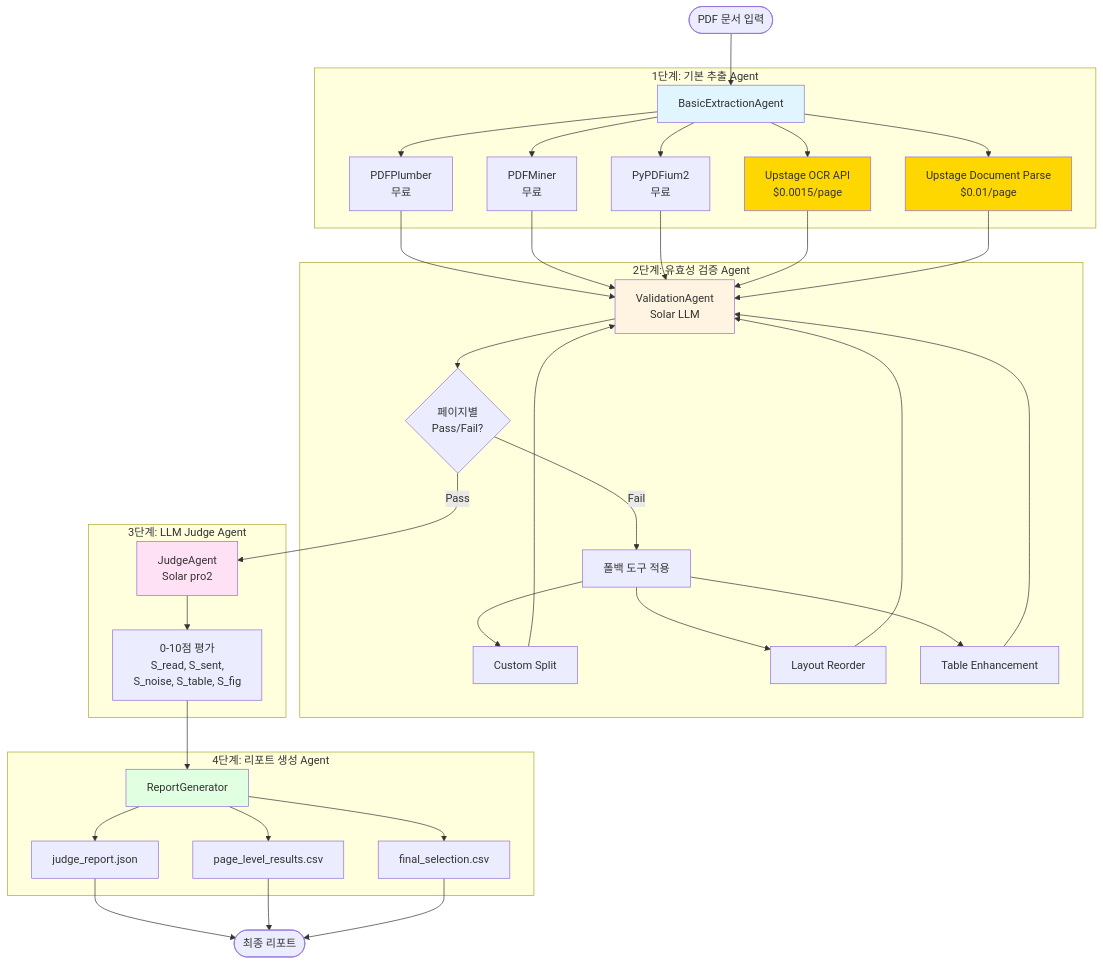
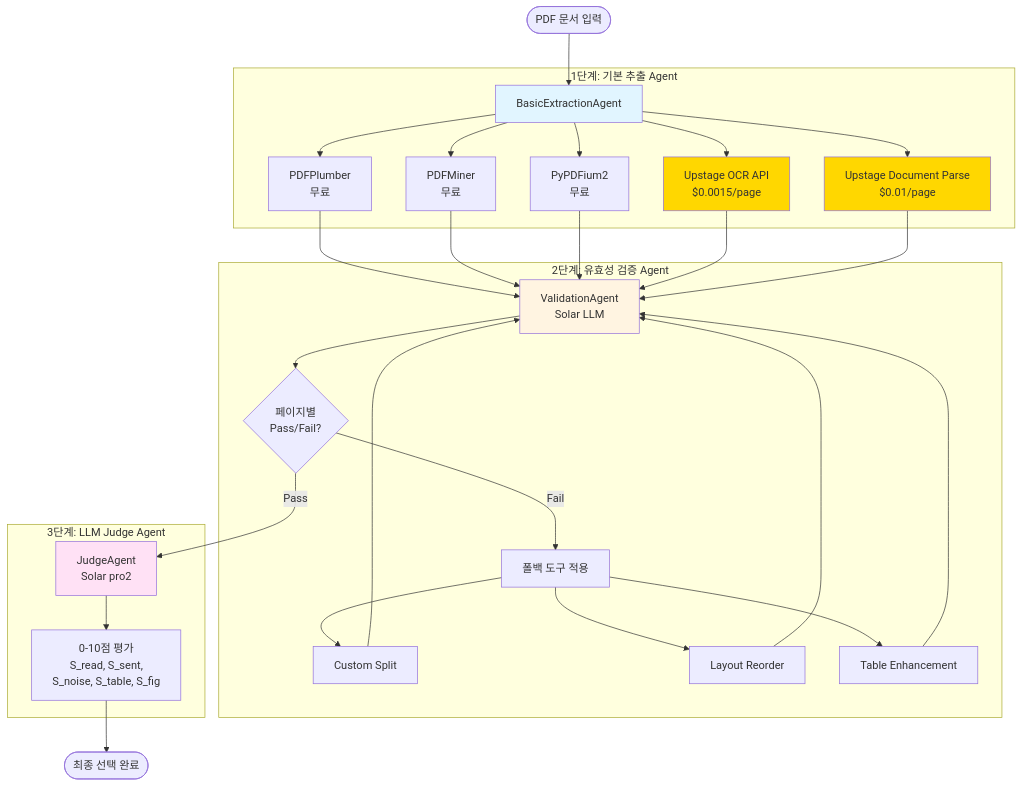
One commit to P-oong/Doc-to-text_Parsing_Agent changed the diagram in README.md. Above: the diagram before and after it, drawn with Mermaid. The commit also changed other lines of this file, not shown here.

````diff
--- a/README.md
+++ b/README.md
@@ -29,76 +29,60 @@
 ```mermaid
 graph TB
     Start([PDF 문서 입력]) --> Agent1
     
     subgraph Stage1["1단계: 기본 추출 Agent"]
         Agent1[BasicExtractionAgent]
         Tool1[PDFPlumber<br/>무료]
         Tool2[PDFMiner<br/>무료]
         Tool3[PyPDFium2<br/>무료]
         Tool4[Upstage OCR API<br/>$0.0015/page]
         Tool5[Upstage Document Parse<br/>$0.01/page]
         
         Agent1 --> Tool1
         Agent1 --> Tool2
         Agent1 --> Tool3
         Agent1 --> Tool4
         Agent1 --> Tool5
     end
     
     Tool1 --> Agent2
     Tool2 --> Agent2
     Tool3 --> Agent2
     Tool4 --> Agent2
     Tool5 --> Agent2
     
     subgraph Stage2["2단계: 유효성 검증 Agent"]
         Agent2[ValidationAgent<br/>Solar LLM]
         Decision{페이지별<br/>Pass/Fail?}
         Fallback[폴백 도구 적용]
         FB1[Custom Split]
         FB2[Layout Reorder]
         FB3[Table Enhancement]
         
         Agent2 --> Decision
         Decision -->|Fail| Fallback
         Fallback --> FB1
         Fallback --> FB2
         Fallback --> FB3
         FB1 --> Agent2
         FB2 --> Agent2
         FB3 --> Agent2
     end
     
     Decision -->|Pass| Agent3
     
     subgraph Stage3["3단계: LLM Judge Agent"]
         Agent3[JudgeAgent<br/>Solar pro2]
         Score[0-10점 평가<br/>S_read, S_sent,<br/>S_noise, S_table, S_fig]
         
         Agent3 --> Score
     end
     
-    Score --> Agent4
-    
-    subgraph Stage4["4단계: 리포트 생성 Agent"]
-        Agent4[ReportGenerator]
-        Report1[judge_report.json]
-        Report2[page_level_results.csv]
-        Report3[final_selection.csv]
-        
-        Agent4 --> Report1
-        Agent4 --> Report2
-        Agent4 --> Report3
-    end
-    
-    Report1 --> End([최종 리포트])
-    Report2 --> End
-    Report3 --> End
+    Score --> End([최종 선택 완료])
     
     style Agent1 fill:#e1f5ff
     style Agent2 fill:#fff4e1
     style Agent3 fill:#ffe1f5
-    style Agent4 fill:#e1ffe1
     style Tool4 fill:#ffd700
     style Tool5 fill:#ffd700
 ```
````
